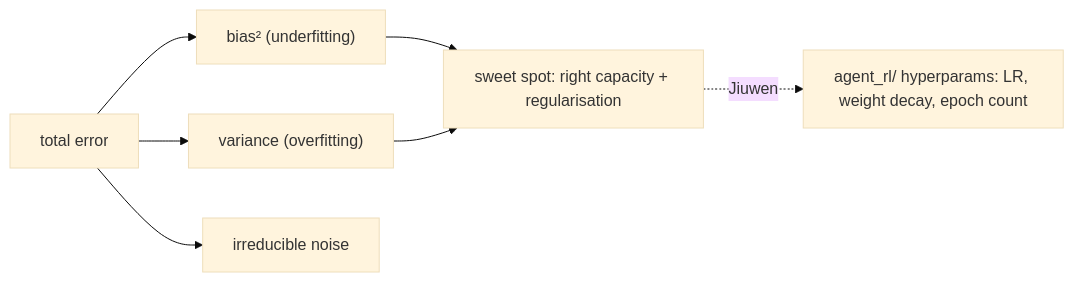
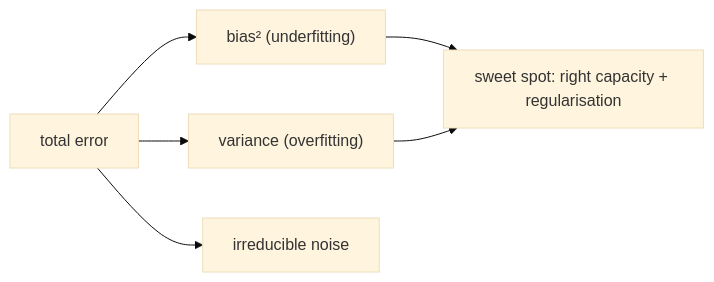
One commit to michaelatamuk/openjiuwen-knowledge changed the third of 18 diagrams in content/topics/00-ml-foundations.md. Above: the diagram before and after it, drawn with Mermaid (base theme). The commit also changed other lines of this file and 57 other files, not shown here.

````diff
--- a/content/topics/00-ml-foundations.md
+++ b/content/topics/00-ml-foundations.md
@@ -60,8 +39,7 @@
 ```mermaid
 flowchart LR
     ERR["total error"] --> B["bias² (underfitting)"]
     ERR --> V["variance (overfitting)"]
     ERR --> N["irreducible noise"]
     B & V --> SW["sweet spot: right capacity + regularisation"]
-    SW -.->|"Jiuwen"| RL["agent_rl/ hyperparams: LR, weight decay, epoch count"]
 ```
````
